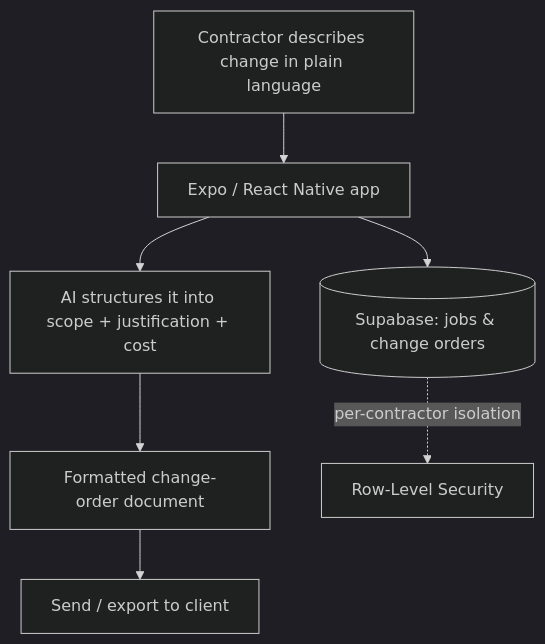
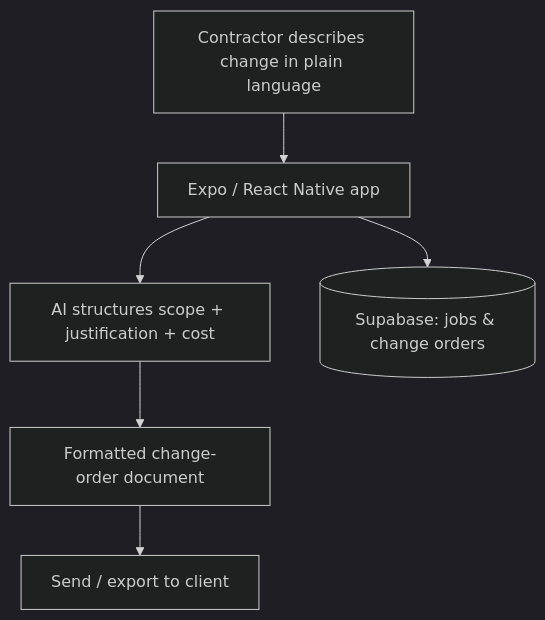
The diagram in case-studies/changeorderai.md (smzubs/portfolio), drawn with Mermaid (dark theme) before and after one commit. The commit also changed other lines of this file and 5 other files, not shown here.

````diff
--- a/case-studies/changeorderai.md
+++ b/case-studies/changeorderai.md
@@ -34,9 +50,8 @@
 ```mermaid
 flowchart TD
     A[Contractor describes change in plain language] --> B[Expo / React Native app]
-    B --> C[AI structures it into scope + justification + cost]
+    B --> C[AI structures scope + justification + cost]
     C --> D[Formatted change-order document]
     D --> E[Send / export to client]
     B --> F[(Supabase: jobs & change orders)]
-    F -. per-contractor isolation .-> G[Row-Level Security]
 ```
````
